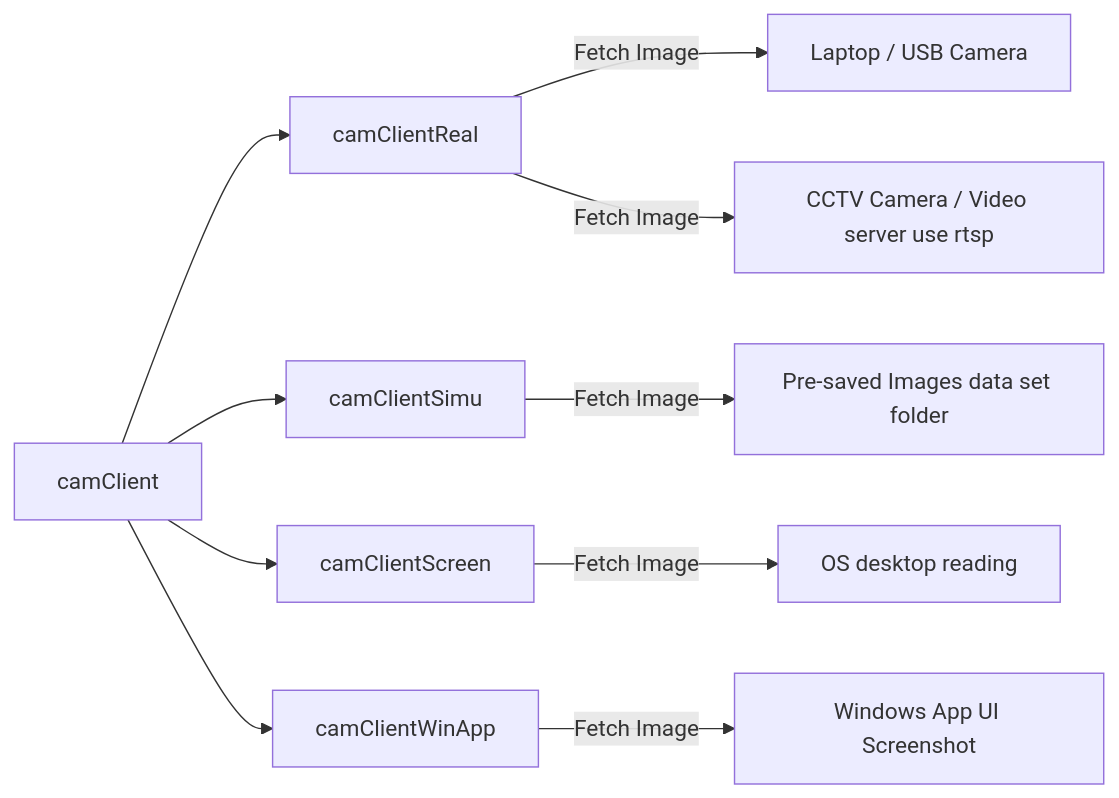
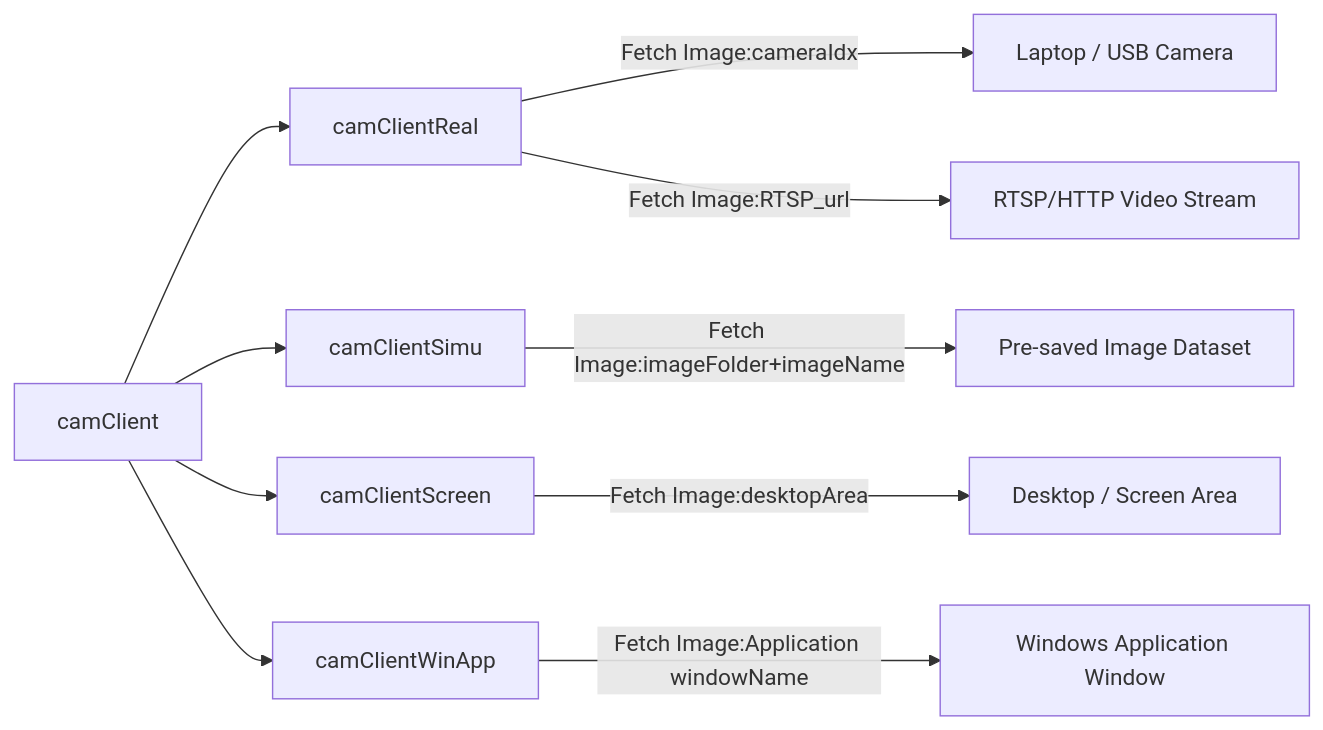
Before and after one commit to LiuYuancheng/Python_Virtual_MotionJPEG_Camera: the second of 2 diagrams in README.md, drawn with Mermaid. The commit also changed other lines of this file and 2 other files, not shown here.

````diff
--- a/README.md
+++ b/README.md
@@ -118,12 +123,12 @@
 ```mermaid
 flowchart LR
-    A[camClient] --> B
-    A[camClient] --> C
-    A[camClient] --> D
-    A[camClient] --> E
-    B[camClientReal] --> |Fetch Image| F[Laptop / USB Camera]
-    B[camClientReal] --> |Fetch Image|G[CCTV Camera / Video server use rtsp]
-    C[camClientSimu] --> |Fetch Image|H[Pre-saved Images data set folder]
-    D[camClientScreen] --> |Fetch Image|I[OS desktop reading]
-    E[camClientWinApp] --> |Fetch Image|J[Windows App UI Screenshot]
+    A[camClient] --> B[camClientReal]
+    A --> C[camClientSimu]
+    A --> D[camClientScreen]
+    A --> E[camClientWinApp]
+    B --> |Fetch Image:cameraIdx| F[Laptop / USB Camera]
+    B --> |Fetch Image:RTSP_url| G[RTSP/HTTP Video Stream]
+    C --> |Fetch Image:imageFolder+imageName| H[Pre-saved Image Dataset]
+    D --> |Fetch Image:desktopArea| I[Desktop / Screen Area]
+    E --> |Fetch Image:Application windowName| J[Windows Application Window]
 ```
````
